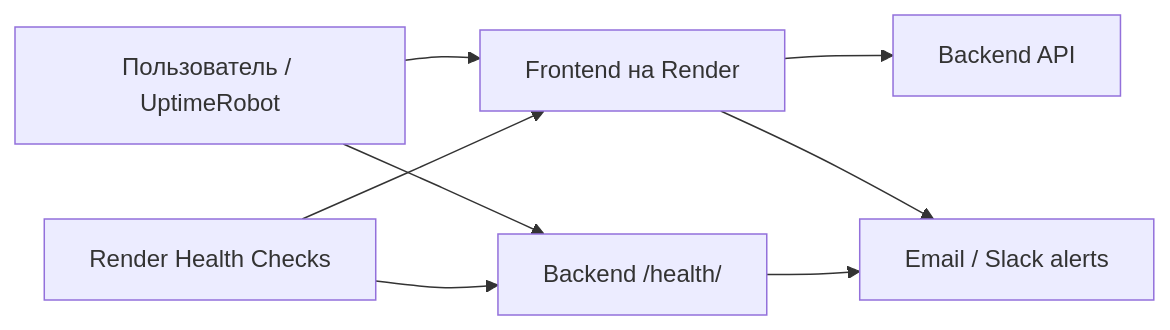
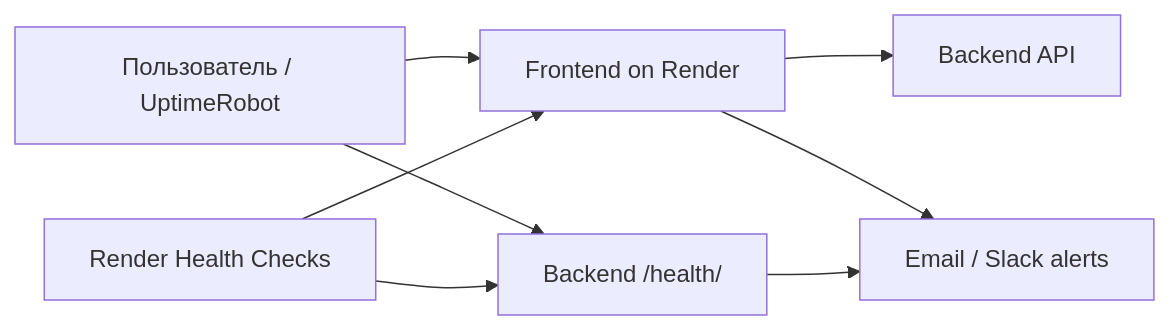
The second of 2 diagrams in README.md (ilushka-obnimashka/ilushka-obnimashka-Junior_DevOps_TestTask), drawn with Mermaid before and after one commit. The commit also changed other lines of this file, not shown here.

````diff
--- a/README.md
+++ b/README.md
@@ -63,12 +49,12 @@
 ```mermaid
 flowchart LR
-    U[Пользователь / UptimeRobot] --> F[Frontend на Render]
+    U[Пользователь / UptimeRobot] --> F[Frontend on Render]
     U --> H[Backend /health/]
     F --> B[Backend API]
 
     R[Render Health Checks] --> F
     R --> H
 
     F --> N[Email / Slack alerts]
     H --> N
 ```
````
